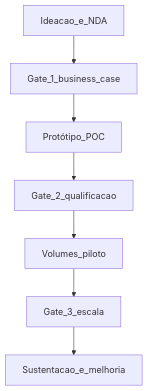
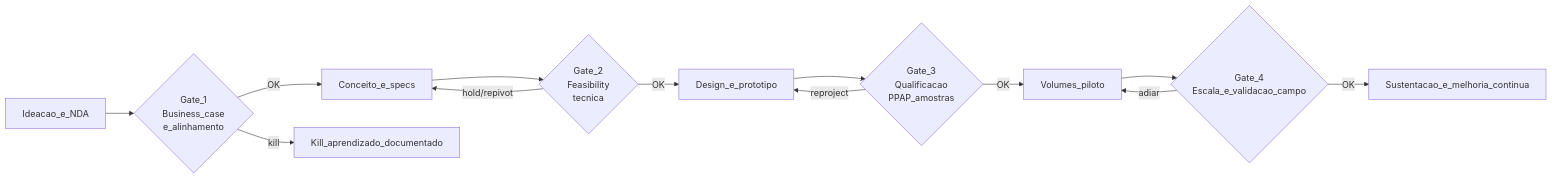
Before and after one commit to cleberhensel/logisticon-academy: the second of 3 diagrams in aulas/trilha-logistica-estrategica/modulo-03-gestao-de-fornecedores-srm/aula-03-desenvolvimento-fornecedor-inovacao-codesign.md, drawn with Mermaid. The commit also changed other lines of this file and 122 other files, not shown here.

````diff
--- a/aulas/trilha-logistica-estrategica/modulo-03-gestao-de-fornecedores-srm/aula-03-desenvolvimento-fornecedor-inovacao-codesign.md
+++ b/aulas/trilha-logistica-estrategica/modulo-03-gestao-de-fornecedores-srm/aula-03-desenvolvimento-fornecedor-inovacao-codesign.md
@@ -47,11 +113,24 @@
 ```mermaid
-flowchart TD
+flowchart LR
   I[Ideacao_e_NDA]
-  G1[Gate_1_business_case]
-  P[Protótipo_POC]
-  G2[Gate_2_qualificacao]
+  G1{Gate_1<br/>Business_case<br/>e_alinhamento}
+  C[Conceito_e_specs]
+  G2{Gate_2<br/>Feasibility<br/>tecnica}
+  D[Design_e_prototipo]
+  G3{Gate_3<br/>Qualificacao<br/>PPAP_amostras}
   V[Volumes_piloto]
-  G3[Gate_3_escala]
-  S[Sustentacao_e_melhoria]
-  I --> G1 --> P --> G2 --> V --> G3 --> S
+  G4{Gate_4<br/>Escala_e_validacao_campo}
+  S[Sustentacao_e_melhoria_continua]
+  I --> G1
+  G1 -->|OK| C
+  G1 -->|kill| KIL1[Kill_aprendizado_documentado]
+  C --> G2
+  G2 -->|OK| D
+  G2 -->|hold/repivot| C
+  D --> G3
+  G3 -->|OK| V
+  G3 -->|reproject| D
+  V --> G4
+  G4 -->|OK| S
+  G4 -->|adiar| V
 ```
````
